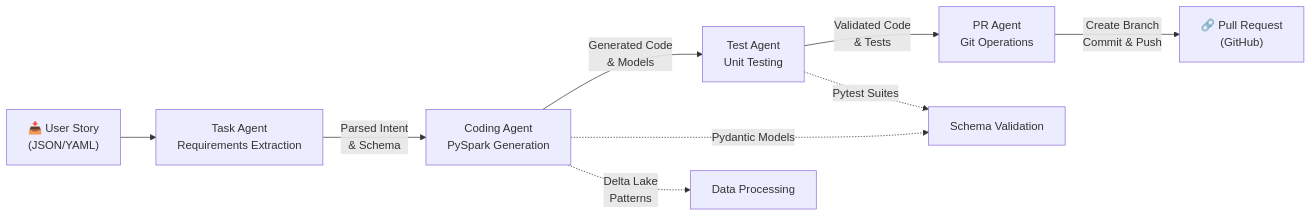
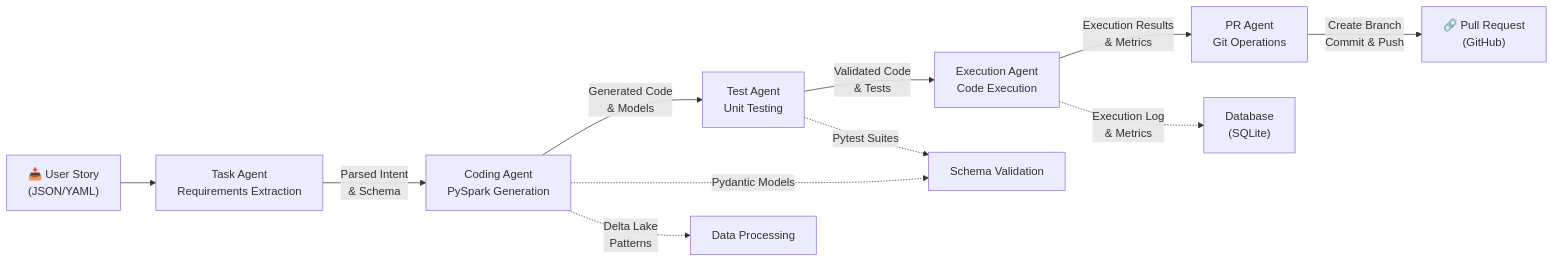
Before and after one commit to amalphonse/Autonomous-ETL-ELT-Agent-for-DevOps-Driven-Data-Engineering: the first of 2 diagrams in README.md, drawn with Mermaid. The commit also changed other lines of this file, not shown here.

Commit message:
docs: update README with 5-agent architecture, database persistence, API endpoints, and security info

````diff
--- a/README.md
+++ b/README.md
@@ -26,12 +29,14 @@
 ```mermaid
 graph LR
     A["📥 User Story<br/>(JSON/YAML)"] --> B["Task Agent<br/>Requirements Extraction"]
     B --> |"Parsed Intent<br/>& Schema"| C["Coding Agent<br/>PySpark Generation"]
     C --> |"Generated Code<br/>& Models"| D["Test Agent<br/>Unit Testing"]
-    D --> |"Validated Code<br/>& Tests"| E["PR Agent<br/>Git Operations"]
-    E --> |"Create Branch<br/>Commit & Push"| F["🔗 Pull Request<br/>(GitHub)"]
+    D --> |"Validated Code<br/>& Tests"| E["Execution Agent<br/>Code Execution"]
+    E --> |"Execution Results<br/>& Metrics"| F["PR Agent<br/>Git Operations"]
+    F --> |"Create Branch<br/>Commit & Push"| G["🔗 Pull Request<br/>(GitHub)"]
     
-    C -.->|"Pydantic Models"| G["Schema Validation"]
-    D -.->|"Pytest Suites"| G
-    C -.->|"Delta Lake<br/>Patterns"| H["Data Processing"]
+    C -.->|"Pydantic Models"| H["Schema Validation"]
+    D -.->|"Pytest Suites"| H
+    C -.->|"Delta Lake<br/>Patterns"| I["Data Processing"]
+    E -.->|"Execution Log<br/>& Metrics"| J["Database<br/>(SQLite)"]
 ```
````
